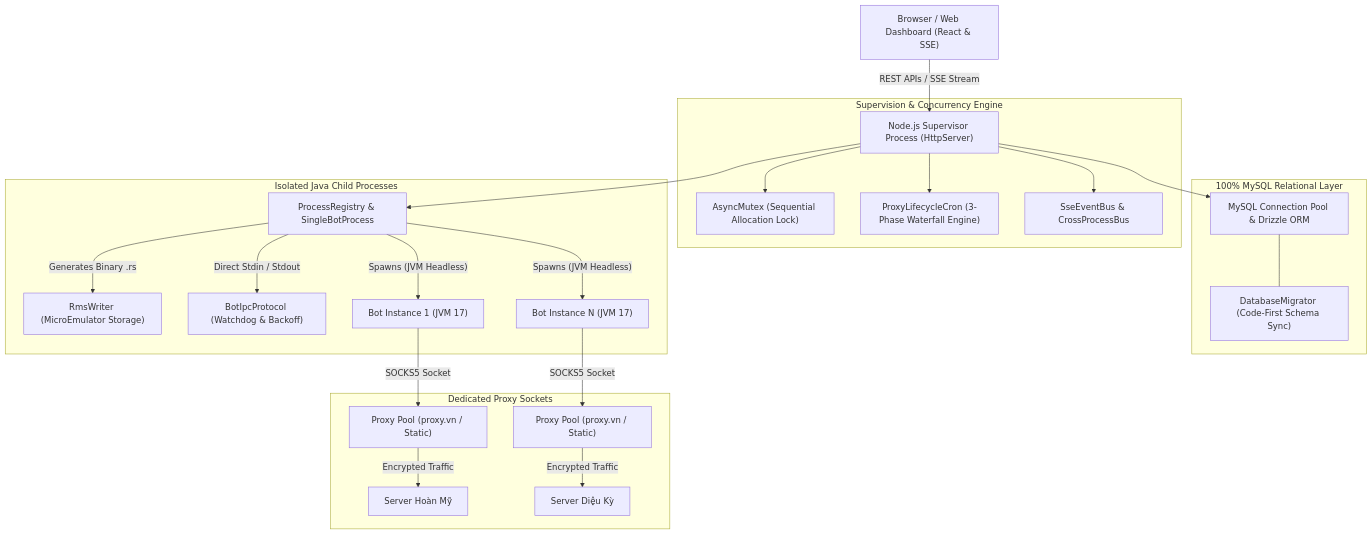
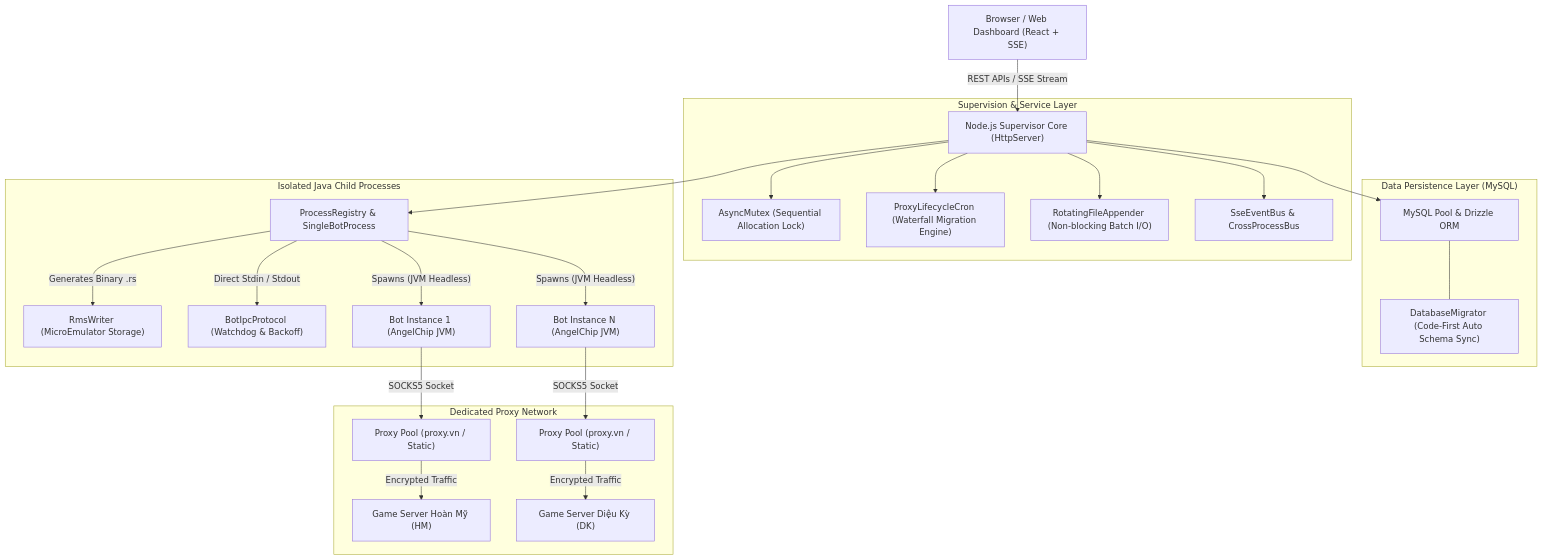
One commit to hoangfhisp/auto-server-manager-avatar2d-angleChip changed the diagram in README.md. Above: the diagram before and after it, drawn with Mermaid. The commit also changed other lines of this file, not shown here.

````diff
--- a/README.md
+++ b/README.md
@@ -43,30 +126,31 @@
 ```mermaid
 graph TD
-    Client["Browser / Web Dashboard (React & SSE)"] -->|"REST APIs / SSE Stream"| NodeServer["Node.js Supervisor Process (HttpServer)"]
+    Client["Browser / Web Dashboard (React + SSE)"] -->|"REST APIs / SSE Stream"| NodeServer["Node.js Supervisor Core (HttpServer)"]
     
-    subgraph CoreSupervisor ["Supervision & Concurrency Engine"]
+    subgraph CoreSupervisor ["Supervision & Service Layer"]
         NodeServer --> Mutex["AsyncMutex (Sequential Allocation Lock)"]
-        NodeServer --> Cron["ProxyLifecycleCron (3-Phase Waterfall Engine)"]
+        NodeServer --> Cron["ProxyLifecycleCron (Waterfall Migration Engine)"]
+        NodeServer --> LogAppender["RotatingFileAppender (Non-blocking Batch I/O)"]
         NodeServer --> Bus["SseEventBus & CrossProcessBus"]
     end
     
-    subgraph DataLayer ["100% MySQL Relational Layer"]
-        NodeServer --> DB["MySQL Connection Pool & Drizzle ORM"]
-        DB --- Migrator["DatabaseMigrator (Code-First Schema Sync)"]
+    subgraph DataLayer ["Data Persistence Layer (MySQL)"]
+        NodeServer --> DB["MySQL Pool & Drizzle ORM"]
+        DB --- Migrator["DatabaseMigrator (Code-First Auto Schema Sync)"]
     end
     
     subgraph BotExecutionLayer ["Isolated Java Child Processes"]
         NodeServer --> ProcMgr["ProcessRegistry & SingleBotProcess"]
         ProcMgr -->|"Generates Binary .rs"| RMS["RmsWriter (MicroEmulator Storage)"]
         ProcMgr -->|"Direct Stdin / Stdout"| IPC["BotIpcProtocol (Watchdog & Backoff)"]
-        ProcMgr -->|"Spawns (JVM Headless)"| JavaBot1["Bot Instance 1 (JVM 17)"]
-        ProcMgr -->|"Spawns (JVM Headless)"| JavaBotN["Bot Instance N (JVM 17)"]
+        ProcMgr -->|"Spawns (JVM Headless)"| JavaBot1["Bot Instance 1 (AngelChip JVM)"]
+        ProcMgr -->|"Spawns (JVM Headless)"| JavaBotN["Bot Instance N (AngelChip JVM)"]
     end
     
-    subgraph NetworkRouting ["Dedicated Proxy Sockets"]
+    subgraph NetworkRouting ["Dedicated Proxy Network"]
         JavaBot1 -->|"SOCKS5 Socket"| Proxy1["Proxy Pool (proxy.vn / Static)"]
         JavaBotN -->|"SOCKS5 Socket"| ProxyN["Proxy Pool (proxy.vn / Static)"]
-        Proxy1 -->|"Encrypted Traffic"| ServerHM["Server Hoàn Mỹ"]
-        ProxyN -->|"Encrypted Traffic"| ServerDK["Server Diệu Kỳ"]
+        Proxy1 -->|"Encrypted Traffic"| ServerHM["Game Server Hoàn Mỹ (HM)"]
+        ProxyN -->|"Encrypted Traffic"| ServerDK["Game Server Diệu Kỳ (DK)"]
     end
 ```
````
